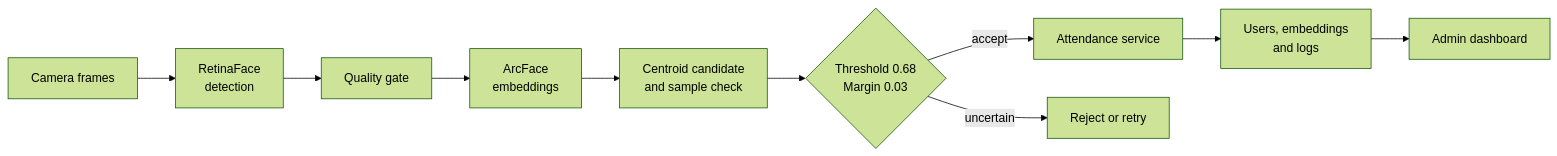
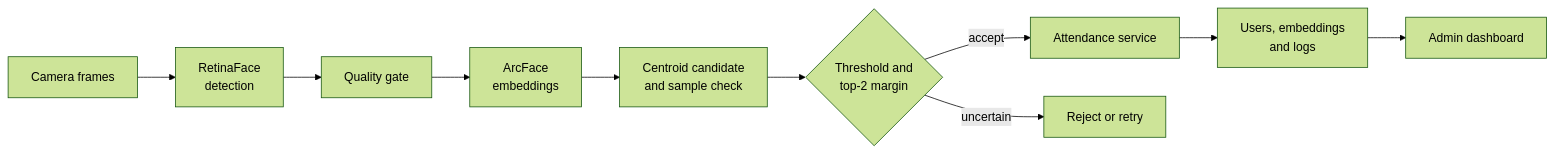
One commit to yoon-chan-hyeok/face-attendance-system changed the diagram in README.md. Above: the diagram before and after it, drawn with Mermaid (forest theme). The commit also changed other lines of this file, not shown here.

````diff
--- a/README.md
+++ b/README.md
@@ -59,12 +47,12 @@
 ```mermaid
 flowchart LR
     C["Camera frames"] --> D["RetinaFace<br/>detection"]
     D --> Q["Quality gate"]
     Q --> E["ArcFace<br/>embeddings"]
     E --> M["Centroid candidate<br/>and sample check"]
-    M --> G{"Threshold 0.68<br/>Margin 0.03"}
+    M --> G{"Threshold and<br/>top-2 margin"}
     G -->|accept| A["Attendance service"]
     G -->|uncertain| R["Reject or retry"]
     A --> DB["Users, embeddings<br/>and logs"]
     DB --> UI["Admin dashboard"]
 ```
````
